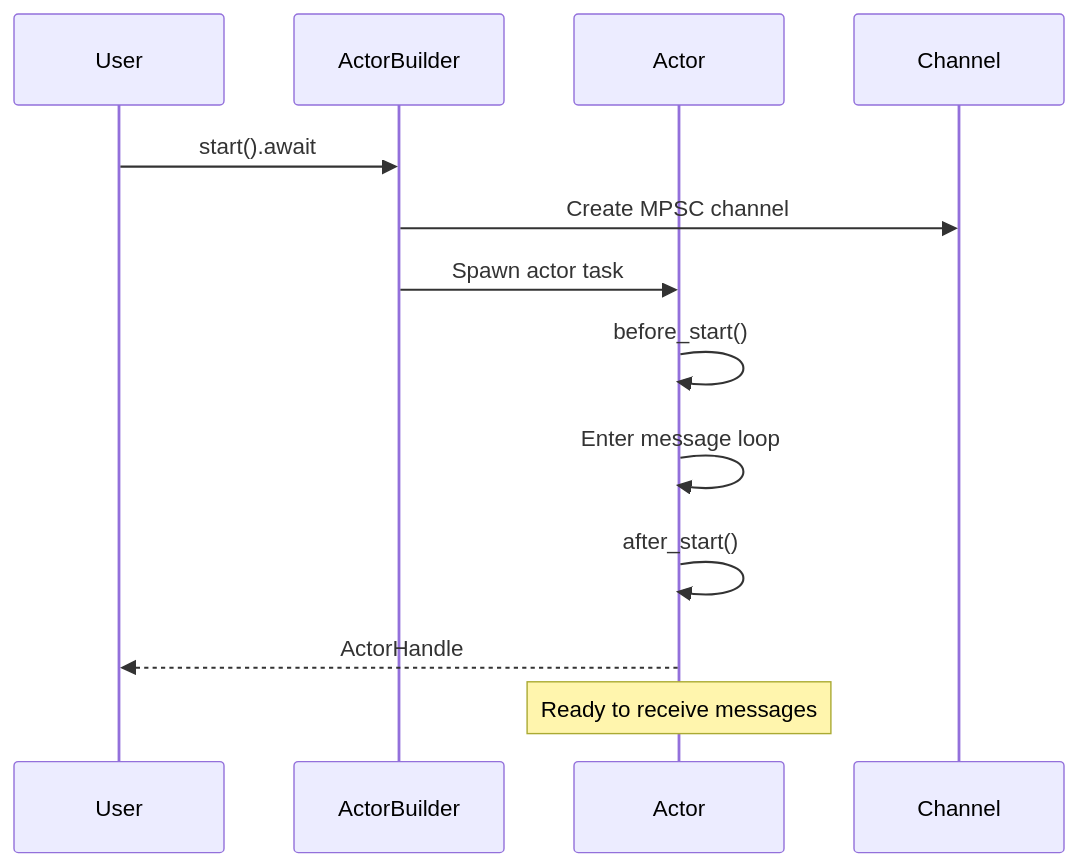
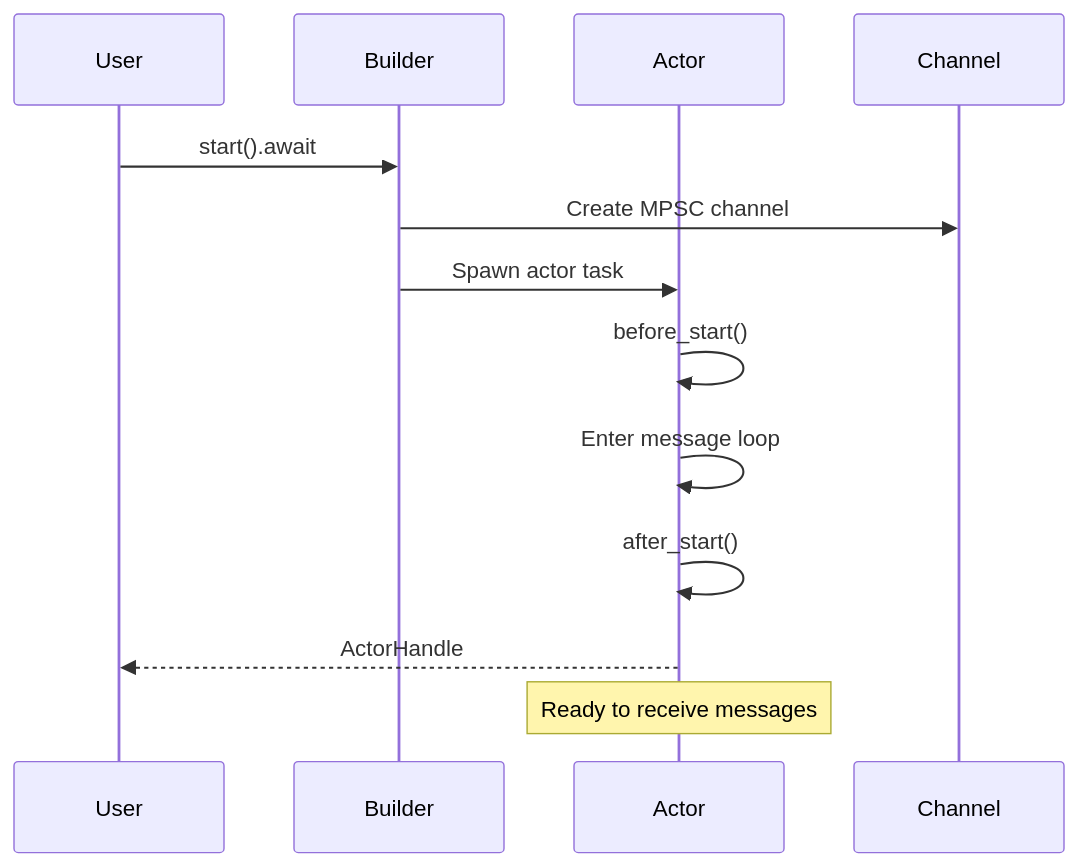
One commit to Govcraft/acton-reactive changed the third of 4 diagrams in acton-docs-site/src/app/docs/actor-lifecycle/page.md. Above: the diagram before and after it, drawn with Mermaid. The commit also changed other lines of this file, not shown here.

First line of the commit message:
fix(docs): use unique participant IDs in lifecycle diagrams

````diff
--- a/acton-docs-site/src/app/docs/actor-lifecycle/page.md
+++ b/acton-docs-site/src/app/docs/actor-lifecycle/page.md
@@ -246,15 +246,15 @@
 ```mermaid
 sequenceDiagram
-    participant U as User
-    participant B as ActorBuilder
-    participant A as Actor
-    participant C as Channel
-    U->>B: start().await
-    B->>C: Create MPSC channel
-    B->>A: Spawn actor task
-    A->>A: before_start()
-    A->>A: Enter message loop
-    A->>A: after_start()
-    A-->>U: ActorHandle
-    Note over A: Ready to receive messages
+    participant ST_U as User
+    participant ST_B as Builder
+    participant ST_A as Actor
+    participant ST_C as Channel
+    ST_U->>ST_B: start().await
+    ST_B->>ST_C: Create MPSC channel
+    ST_B->>ST_A: Spawn actor task
+    ST_A->>ST_A: before_start()
+    ST_A->>ST_A: Enter message loop
+    ST_A->>ST_A: after_start()
+    ST_A-->>ST_U: ActorHandle
+    Note over ST_A: Ready to receive messages
 ```
````
